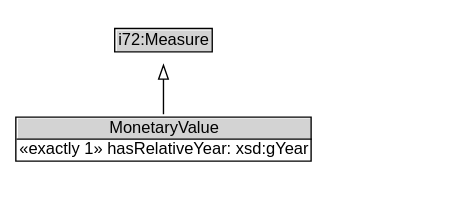
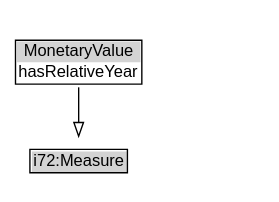
The diagram in docs/diagrams/MonetaryValue.dot (k-vaughn/ontology-cdm-p1-v1), drawn with Graphviz before and after one commit. The commit also changed 283 other files, not shown here.

```diff
--- a/docs/diagrams/MonetaryValue.dot
+++ b/docs/diagrams/MonetaryValue.dot
@@ -1,16 +1,16 @@
 // Diagram for MonetaryValue
 digraph {
 	graph [overlap=false rankdir=TB splines=true]
 	node [fontname=Arial fontsize=12 margin=0 shape=none]
 	edge [fontname=Arial fontsize=11]
+	MonetaryValue [label=<<TABLE BORDER="1" CELLBORDER="0" CELLSPACING="0" CELLPADDING="1"><TR><TD BGCOLOR="lightgray" ALIGN="CENTER">MonetaryValue</TD></TR><TR><TD ALIGN="LEFT">hasRelativeYear</TD></TR></TABLE>> URL="../MonetaryValue" margin=0]
 	{
 		rank=max
-		MonetaryValue [label=<<TABLE BORDER="1" CELLBORDER="0" CELLSPACING="0" CELLPADDING="1"><TR><TD BGCOLOR="lightgray" ALIGN="CENTER" PORT="e">MonetaryValue</TD></TR><HR/><TR><TD ALIGN="LEFT">«exactly 1» hasRelativeYear: xsd:gYear</TD></TR></TABLE>> URL="../MonetaryValue.md" margin=0]
 	}
 	subgraph cluster_associated {
 		label="" style=invis
 		Invis [label=<<TABLE BORDER="0" CELLBORDER="0" CELLSPACING="0" CELLPADDING="1"><TR><TD></TD></TR></TABLE>> margin=0 style=invis]
 	}
-	i72_Measure [label=<<TABLE BORDER="1" CELLBORDER="0" CELLSPACING="0" CELLPADDING="1"><TR><TD BGCOLOR="lightgray" ALIGN="CENTER">i72:Measure</TD></TR></TABLE>> margin=0]
+	i72_Measure [label=<<TABLE BORDER="1" CELLBORDER="0" CELLSPACING="0" CELLPADDING="1"><TR><TD BGCOLOR="lightgray" ALIGN="CENTER">i72:Measure</TD></TR></TABLE>> URL="https://w3id.org/citydata/21972/v1/Measure" margin=0]
 	MonetaryValue -> i72_Measure [arrowhead=onormal style=solid]
 }
```
